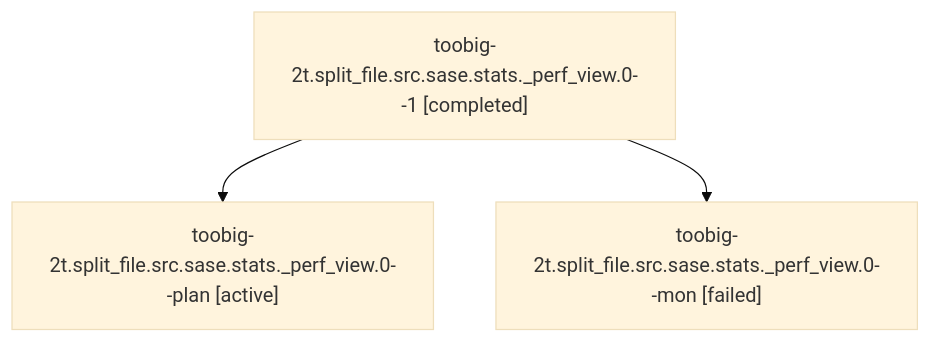
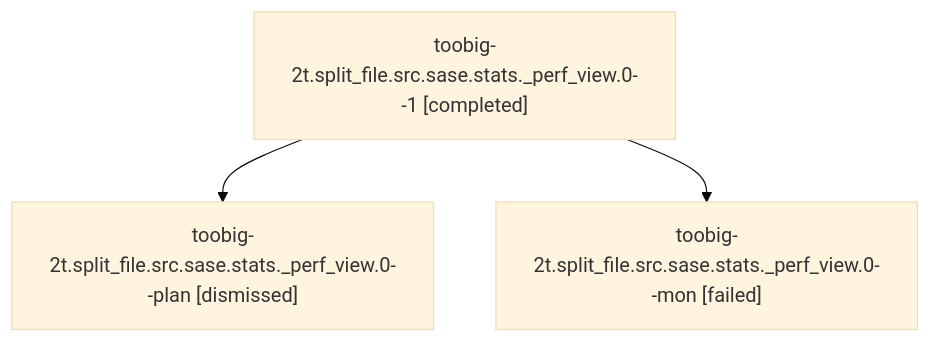
The diagram in sessions/bbugyi200.athena.toobig-2t.split_file.src.sase.stats._perf_view.0.md (sase-org/sase--agents), drawn with Mermaid (base theme) before and after one commit. The commit also changed other lines of this file and 81 other files, not shown here.

````diff
--- a/sessions/bbugyi200.athena.toobig-2t.split_file.src.sase.stats._perf_view.0.md
+++ b/sessions/bbugyi200.athena.toobig-2t.split_file.src.sase.stats._perf_view.0.md
@@ -9,8 +9,8 @@
 ```mermaid
 flowchart TD
   n0["toobig-2t.split_file.src.sase.stats._perf_view.0--1 [completed]"]
-  n1["toobig-2t.split_file.src.sase.stats._perf_view.0--plan [active]"]
+  n1["toobig-2t.split_file.src.sase.stats._perf_view.0--plan [dismissed]"]
   n0 --> n1
   n2["toobig-2t.split_file.src.sase.stats._perf_view.0--mon [failed]"]
   n0 --> n2
 ```
````
